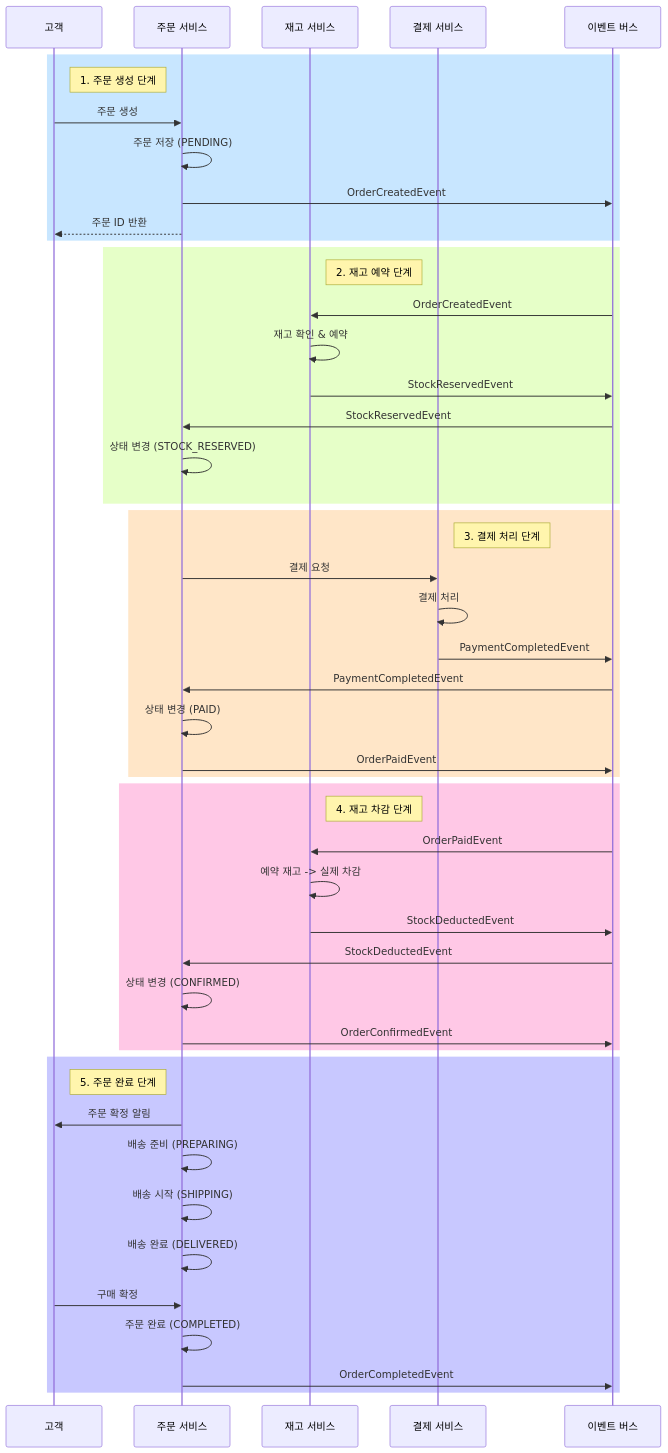
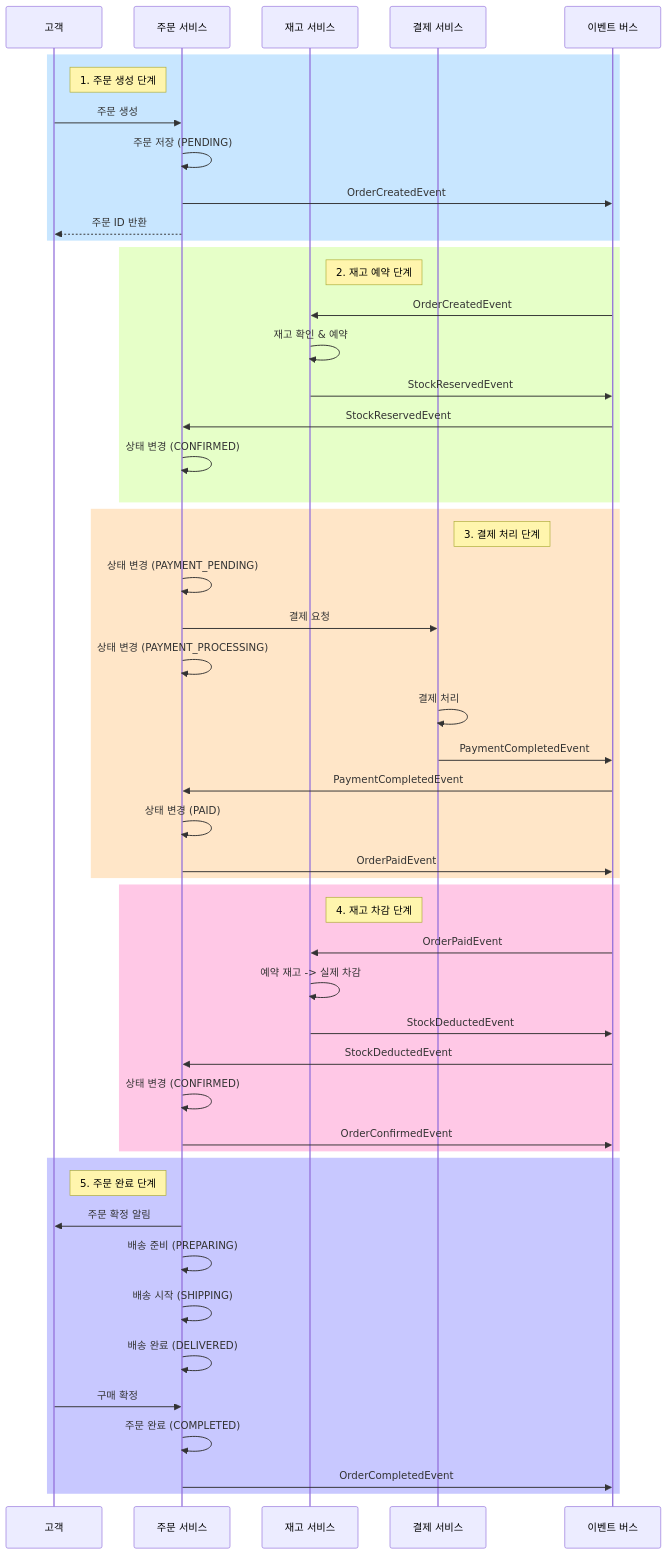
One commit to je1113/JavaBackendHighTraffic changed the third of 5 diagrams in projects/ecommerce-microservices/docs/Order-Lifecycle-Diagram.md. Above: the diagram before and after it, drawn with Mermaid. The commit also changed other lines of this file and 18 other files, not shown here.

````diff
--- a/projects/ecommerce-microservices/docs/Order-Lifecycle-Diagram.md
+++ b/projects/ecommerce-microservices/docs/Order-Lifecycle-Diagram.md
@@ -101,59 +122,61 @@
 ```mermaid
 sequenceDiagram
     participant C as 고객
     participant OS as 주문 서비스
     participant IS as 재고 서비스
     participant PS as 결제 서비스
     participant EB as 이벤트 버스
     
     rect rgb(200, 230, 255)
         note right of C: 1. 주문 생성 단계
         C->>OS: 주문 생성
         OS->>OS: 주문 저장 (PENDING)
         OS->>EB: OrderCreatedEvent
         OS-->>C: 주문 ID 반환
     end
     
     rect rgb(230, 255, 200)
         note right of IS: 2. 재고 예약 단계
         EB->>IS: OrderCreatedEvent
         IS->>IS: 재고 확인 & 예약
         IS->>EB: StockReservedEvent
         
         EB->>OS: StockReservedEvent
-        OS->>OS: 상태 변경 (STOCK_RESERVED)
+        OS->>OS: 상태 변경 (CONFIRMED)
     end
     
     rect rgb(255, 230, 200)
         note right of PS: 3. 결제 처리 단계
+        OS->>OS: 상태 변경 (PAYMENT_PENDING)
         OS->>PS: 결제 요청
+        OS->>OS: 상태 변경 (PAYMENT_PROCESSING)
         PS->>PS: 결제 처리
         PS->>EB: PaymentCompletedEvent
         
         EB->>OS: PaymentCompletedEvent
         OS->>OS: 상태 변경 (PAID)
         OS->>EB: OrderPaidEvent
     end
     
     rect rgb(255, 200, 230)
         note right of IS: 4. 재고 차감 단계
         EB->>IS: OrderPaidEvent
         IS->>IS: 예약 재고 -> 실제 차감
         IS->>EB: StockDeductedEvent
         
         EB->>OS: StockDeductedEvent
         OS->>OS: 상태 변경 (CONFIRMED)
         OS->>EB: OrderConfirmedEvent
     end
     
     rect rgb(200, 200, 255)
         note right of C: 5. 주문 완료 단계
         OS->>C: 주문 확정 알림
         OS->>OS: 배송 준비 (PREPARING)
         OS->>OS: 배송 시작 (SHIPPING)
         OS->>OS: 배송 완료 (DELIVERED)
         C->>OS: 구매 확정
         OS->>OS: 주문 완료 (COMPLETED)
         OS->>EB: OrderCompletedEvent
     end
 ```
````
